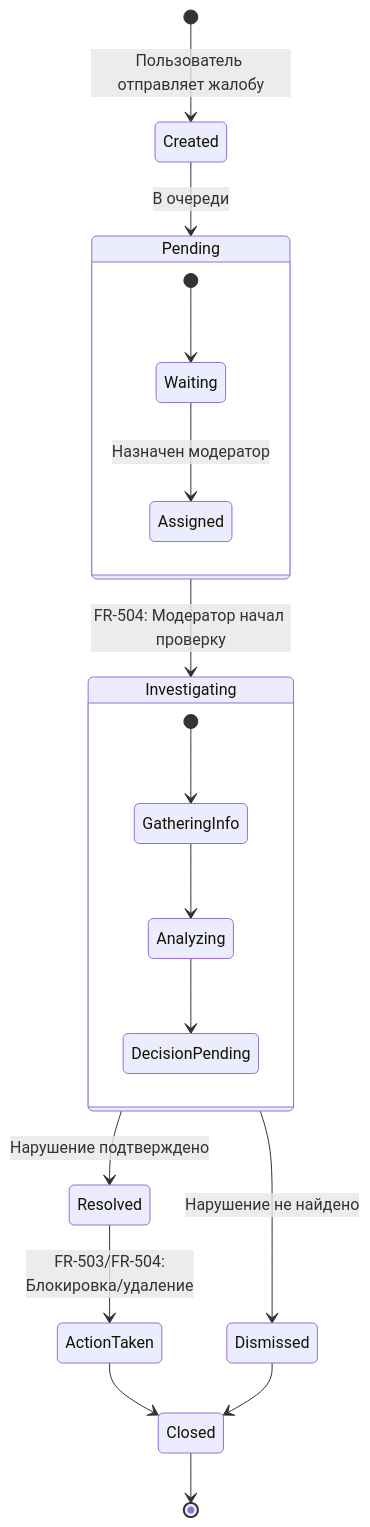
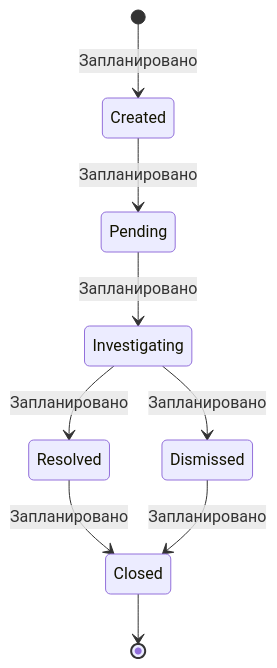
The diagram in docs/state/Report.md (Rento-devteam/Rento), drawn with Mermaid before and after one commit. The commit also changed other lines of this file and 33 other files, not shown here.

````diff
--- a/docs/state/Report.md
+++ b/docs/state/Report.md
@@ -1,30 +5,12 @@
 ```mermaid
-    stateDiagram-v2
-    [*] --> Created: Пользователь отправляет жалобу
+stateDiagram-v2
+    [*] --> Created: Запланировано
 
-    Created --> Pending: В очереди
-   
-    state Pending {
-        [*] --> Waiting
-        Waiting --> Assigned: Назначен модератор
-    }
-   
-    Pending --> Investigating: FR-504: Модератор начал проверку
-   
-    state Investigating {
-        [*] --> GatheringInfo
-        GatheringInfo --> Analyzing
-        Analyzing --> DecisionPending
-    }
-   
-    Investigating --> Resolved: Нарушение подтверждено
-    Investigating --> Dismissed: Нарушение не найдено
-   
-    Resolved --> ActionTaken: FR-503/FR-504:<br/>Блокировка/удаление
-    ActionTaken --> Closed
-   
-    Dismissed --> Closed
-   
+    Created --> Pending: Запланировано
+    Pending --> Investigating: Запланировано
+    Investigating --> Resolved: Запланировано
+    Investigating --> Dismissed: Запланировано
+    Resolved --> Closed: Запланировано
+    Dismissed --> Closed: Запланировано
     Closed --> [*]
-
 ```
````
